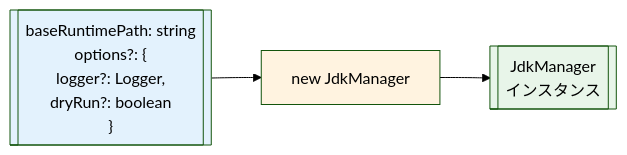
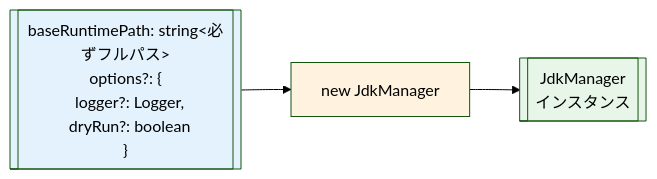
The second of 26 diagrams in frontend/middleware/driver/Stabtest/jdk-manager/docs/api-reference.md (suke0930/sotuken), drawn with Mermaid (forest theme) before and after one commit.

Commit message:
Docs更新

````diff
--- a/frontend/middleware/driver/Stabtest/jdk-manager/docs/api-reference.md
+++ b/frontend/middleware/driver/Stabtest/jdk-manager/docs/api-reference.md
@@ -37,9 +37,9 @@
 ```mermaid
 flowchart LR
-    Input[["baseRuntimePath: string<br/>options?: {<br/>  logger?: Logger,<br/>  dryRun?: boolean<br/>}"]] --> Constructor[new JdkManager]
+    Input[["baseRuntimePath: string<必ずフルパス><br/>options?: {<br/>  logger?: Logger,<br/>  dryRun?: boolean<br/>}"]] --> Constructor[new JdkManager]
     Constructor --> Output[["JdkManager<br/>インスタンス"]]
     
     style Input fill:#e3f2fd
     style Constructor fill:#fff3e0
     style Output fill:#e8f5e9
 ```
````
